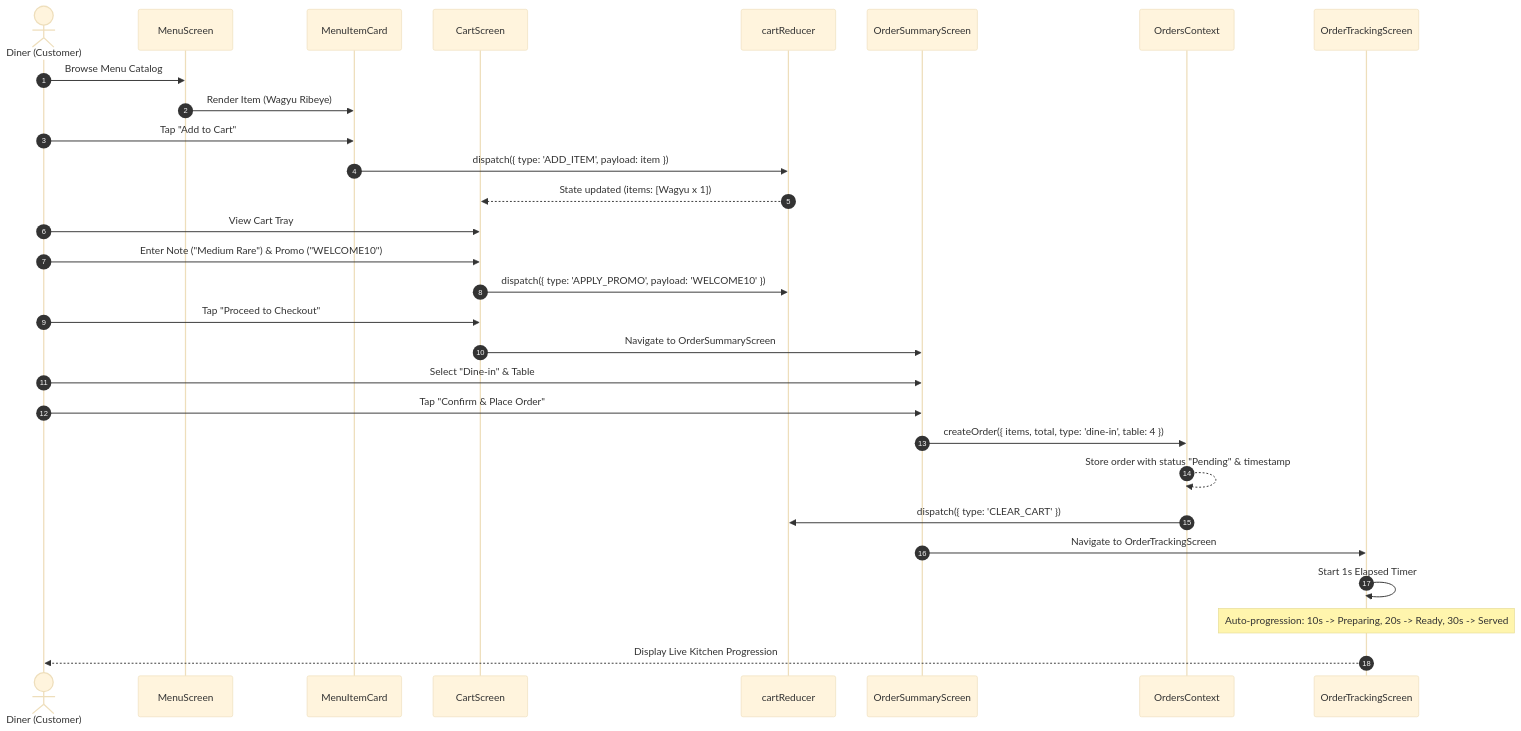
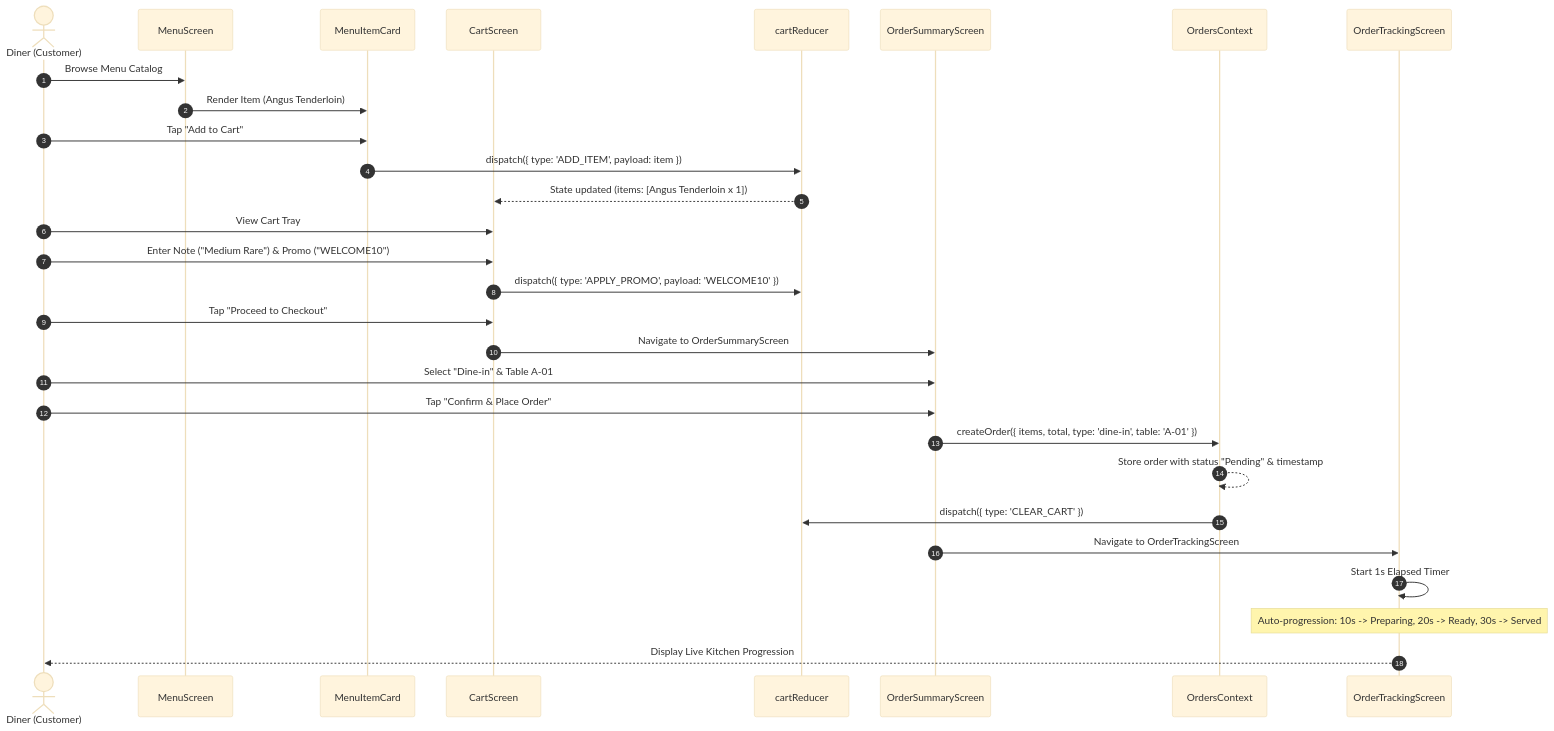
The third of 5 diagrams in A1/UML/README.md (obaids093-prog/Restaurant-app), drawn with Mermaid (base theme) before and after one commit. The commit also changed other lines of this file and 44 other files, not shown here.

````diff
--- a/A1/UML/README.md
+++ b/A1/UML/README.md
@@ -179,35 +179,35 @@
 ```mermaid
 sequenceDiagram
     autonumber
     actor Customer as Diner (Customer)
     participant Menu as MenuScreen
     participant Card as MenuItemCard
     participant Cart as CartScreen
     participant Reducer as cartReducer
     participant Summary as OrderSummaryScreen
     participant OrdersCtx as OrdersContext
     participant Tracking as OrderTrackingScreen
 
     Customer->>Menu: Browse Menu Catalog
-    Menu->>Card: Render Item (Wagyu Ribeye)
+    Menu->>Card: Render Item (Angus Tenderloin)
     Customer->>Card: Tap "Add to Cart"
     Card->>Reducer: dispatch({ type: 'ADD_ITEM', payload: item })
-    Reducer-->>Cart: State updated (items: [Wagyu x 1])
+    Reducer-->>Cart: State updated (items: [Angus Tenderloin x 1])
     
     Customer->>Cart: View Cart Tray
     Customer->>Cart: Enter Note ("Medium Rare") & Promo ("WELCOME10")
     Cart->>Reducer: dispatch({ type: 'APPLY_PROMO', payload: 'WELCOME10' })
     Customer->>Cart: Tap "Proceed to Checkout"
     Cart->>Summary: Navigate to OrderSummaryScreen
 
-    Customer->>Summary: Select "Dine-in" & Table #4
+    Customer->>Summary: Select "Dine-in" & Table A-01
     Customer->>Summary: Tap "Confirm & Place Order"
-    Summary->>OrdersCtx: createOrder({ items, total, type: 'dine-in', table: 4 })
+    Summary->>OrdersCtx: createOrder({ items, total, type: 'dine-in', table: 'A-01' })
     OrdersCtx-->>OrdersCtx: Store order with status "Pending" & timestamp
     OrdersCtx->>Reducer: dispatch({ type: 'CLEAR_CART' })
     Summary->>Tracking: Navigate to OrderTrackingScreen
     
     Tracking->>Tracking: Start 1s Elapsed Timer
     Note over Tracking: Auto-progression: 10s -> Preparing, 20s -> Ready, 30s -> Served
     Tracking-->>Customer: Display Live Kitchen Progression
 ```
````
